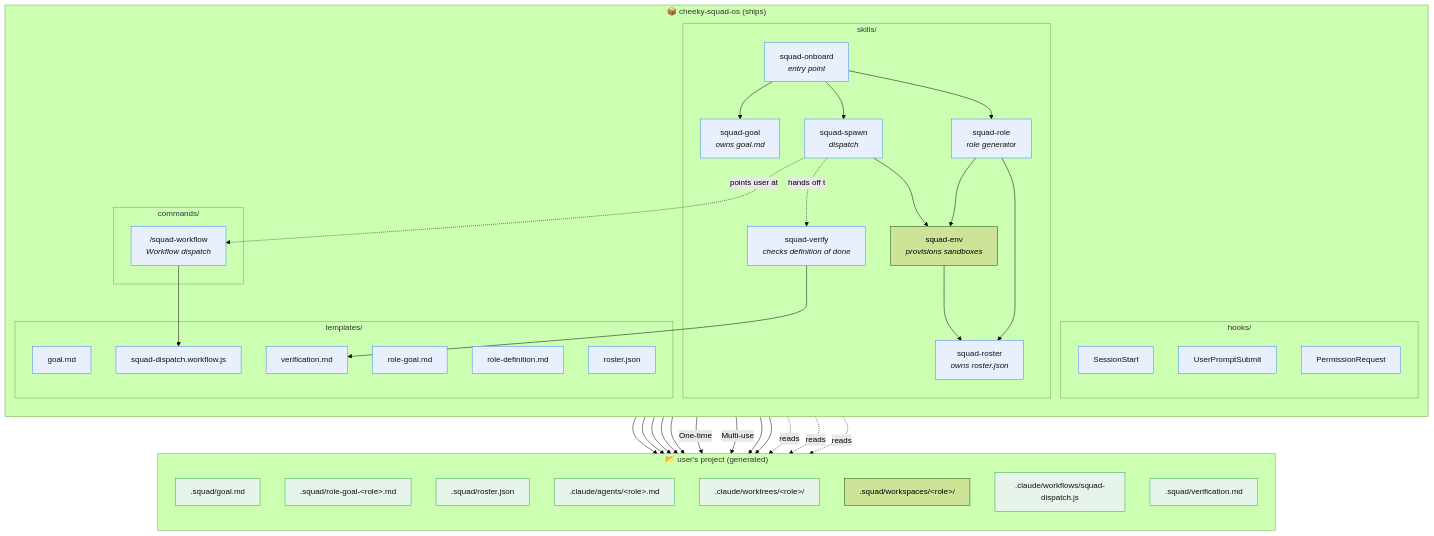
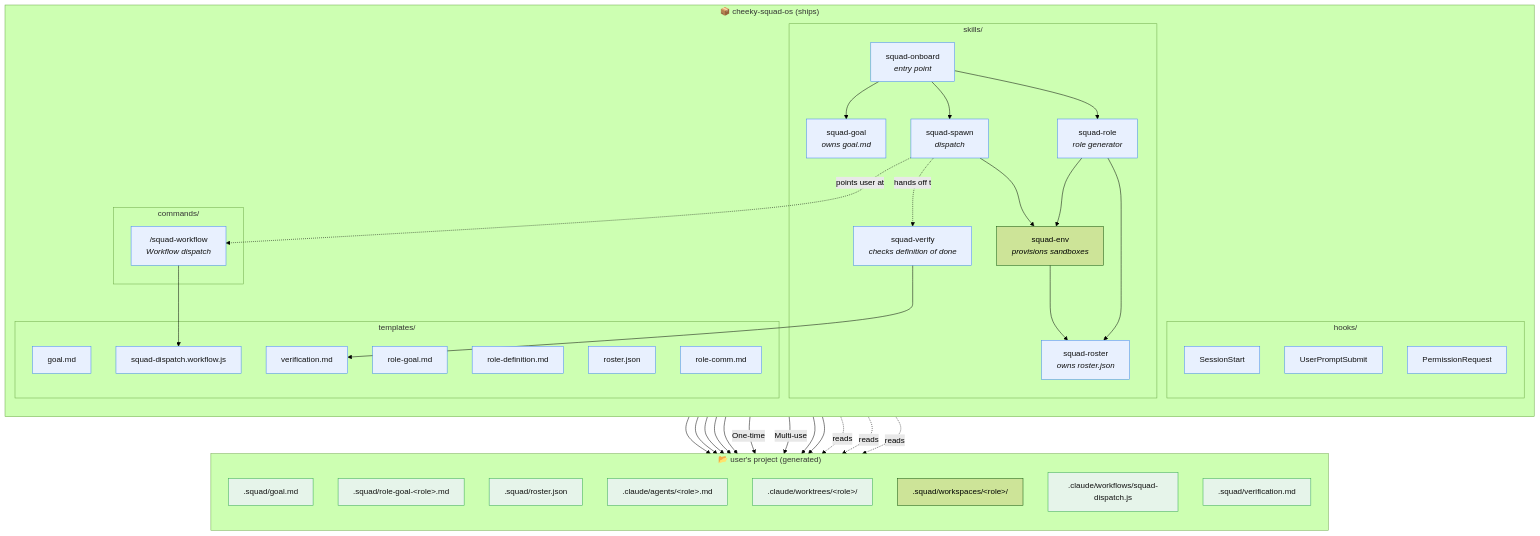
The first of 11 diagrams in LOGIC.md (cheeky-amit/cheeky-squad-os), drawn with Mermaid (forest theme) before and after one commit. The commit also changed other lines of this file and 11 other files, not shown here.

First line of the commit message:
feat: role-comm — structured worker-to-worker hand-offs (0.3.0) (#9)

````diff
--- a/LOGIC.md
+++ b/LOGIC.md
@@ -19,71 +19,72 @@
 ```mermaid
 flowchart TB
     subgraph PLUGIN["📦 cheeky-squad-os (ships)"]
         direction TB
         subgraph SKILLS["skills/"]
             ONB["squad-onboard<br/><i>entry point</i>"]
             GOAL["squad-goal<br/><i>owns goal.md</i>"]
             ROLE["squad-role<br/><i>role generator</i>"]
             ENV["squad-env<br/><i>provisions sandboxes</i>"]
             ROST["squad-roster<br/><i>owns roster.json</i>"]
             SPAWN["squad-spawn<br/><i>dispatch</i>"]
             VER["squad-verify<br/><i>checks definition of done</i>"]
         end
         subgraph CMDS["commands/"]
             WF["/squad-workflow<br/><i>Workflow dispatch</i>"]
         end
         subgraph HOOKS["hooks/"]
             H1["SessionStart"]
             H2["UserPromptSubmit"]
             H3["PermissionRequest"]
         end
         subgraph TPL["templates/"]
             T1["goal.md"]
             T2["role-goal.md"]
             T3["role-definition.md"]
             T4["roster.json"]
             T5["squad-dispatch.workflow.js"]
             T6["verification.md"]
+            T7["role-comm.md"]
         end
     end
 
     subgraph PROJECT["📂 user's project (generated)"]
         direction TB
         GMD[".squad/goal.md"]
         RGMD[".squad/role-goal-&lt;role&gt;.md"]
         RJSON[".squad/roster.json"]
         AGENTS[".claude/agents/&lt;role&gt;.md"]
         WT[".claude/worktrees/&lt;role&gt;/"]
         WS[".squad/workspaces/&lt;role&gt;/"]
         WFJS[".claude/workflows/squad-dispatch.js"]
         VMD[".squad/verification.md"]
     end
 
     ONB --> GOAL --> GMD
     ONB --> ROLE
     ROLE --> AGENTS
     ROLE --> RGMD
     ROLE --> ROST --> RJSON
     ROLE --> ENV
     ENV --> WS
     ENV --> ROST
     ONB --> SPAWN
     SPAWN --> ENV
     SPAWN -->|One-time| AGENTS
     SPAWN -->|Multi-use| WT
     SPAWN -.points user at.-> WF
     WF --> WFJS
     WF --> T5
     SPAWN -.hands off to.-> VER
     VER --> VMD
     VER --> T6
 
     H1 -.reads.-> GMD
     H2 -.reads.-> GMD
     H3 -.reads.-> RJSON
 
     classDef ship fill:#e8f0fe,stroke:#4285f4,color:#111;
     classDef gen fill:#e6f4ea,stroke:#34a853,color:#111;
-    class ONB,GOAL,ROLE,ROST,SPAWN,VER,WF,H1,H2,H3,T1,T2,T3,T4,T5,T6 ship;
+    class ONB,GOAL,ROLE,ROST,SPAWN,VER,WF,H1,H2,H3,T1,T2,T3,T4,T5,T6,T7 ship;
     class GMD,RGMD,RJSON,AGENTS,WT,WFJS,VMD gen;
 ```
````
